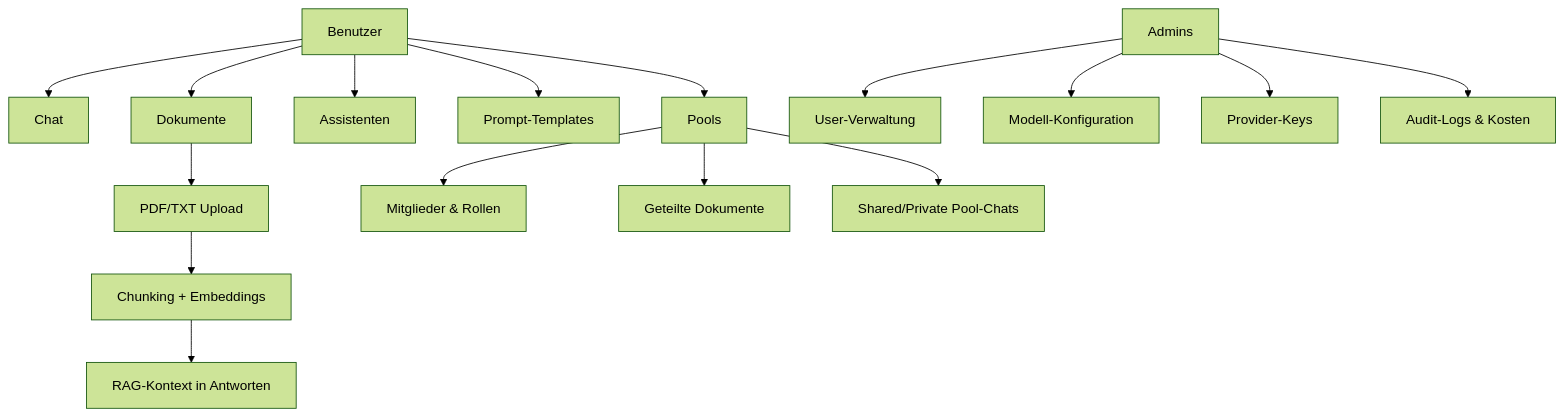
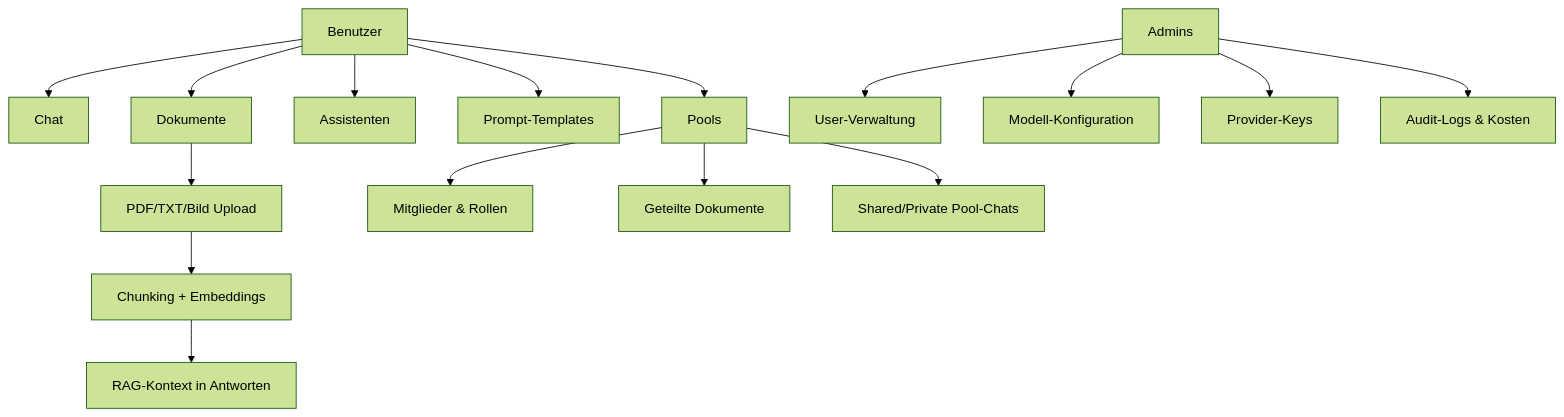
Before and after one commit to christian-rost/xqt5-ai-plattform: the first of 5 diagrams in docs/ANWENDER-DOKUMENT.md, drawn with Mermaid (forest theme). The commit also changed other lines of this file and 7 other files, not shown here.

````diff
--- a/docs/ANWENDER-DOKUMENT.md
+++ b/docs/ANWENDER-DOKUMENT.md
@@ -19,21 +19,21 @@
 ```mermaid
 graph TD
     A["Benutzer"] --> B["Chat"]
     A --> C["Dokumente"]
     A --> D["Assistenten"]
     A --> E["Prompt-Templates"]
     A --> F["Pools"]
 
-    C --> C1["PDF/TXT Upload"]
+    C --> C1["PDF/TXT/Bild Upload"]
     C1 --> C2["Chunking + Embeddings"]
     C2 --> C3["RAG-Kontext in Antworten"]
 
     F --> F1["Mitglieder & Rollen"]
     F --> F2["Geteilte Dokumente"]
     F --> F3["Shared/Private Pool-Chats"]
 
     G["Admins"] --> H["User-Verwaltung"]
     G --> I["Modell-Konfiguration"]
     G --> J["Provider-Keys"]
     G --> K["Audit-Logs & Kosten"]
 ```
````
